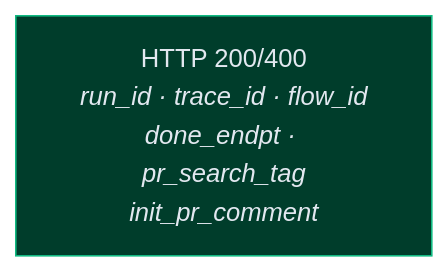
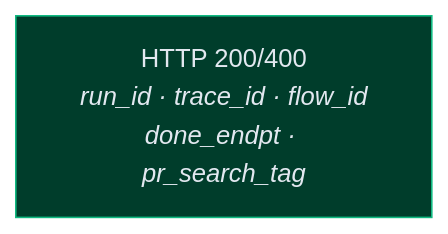
The eighth of 36 diagrams in docs/ARCHITECTURE.md (config0-hub/aws-execution-engine), drawn with Mermaid (neutral theme) before and after one commit. The commit also changed other lines of this file and 170 other files, not shown here.

````diff
--- a/docs/ARCHITECTURE.md
+++ b/docs/ARCHITECTURE.md
@@ -172,6 +161,6 @@
 ```mermaid
 flowchart LR
-    Resp["HTTP 200/400<br><i>run_id · trace_id · flow_id</i><br><i>done_endpt · pr_search_tag</i><br><i>init_pr_comment</i>"]
+    Resp["HTTP 200/400<br><i>run_id · trace_id · flow_id</i><br><i>done_endpt · pr_search_tag</i>"]
 
     style Resp fill:#003d2b,stroke:#10b981,color:#e2e8f0
 ```
````
